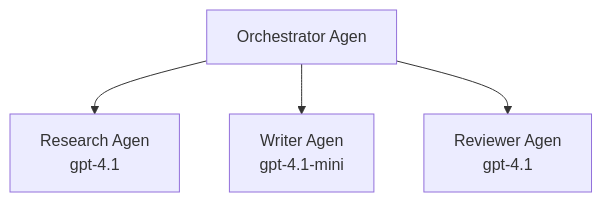
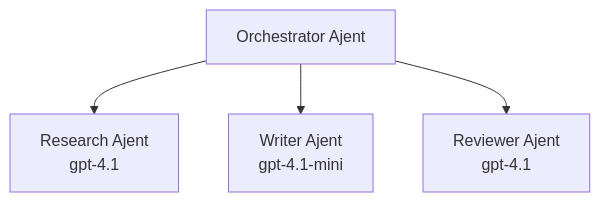
The third of 3 diagrams in translations/pcm/docs/chapter-02-ai-development/agents.md (microsoft/AZD-for-beginners), drawn with Mermaid before and after one commit. The commit also changed other lines of this file and 104 other files, not shown here.

````diff
--- a/translations/pcm/docs/chapter-02-ai-development/agents.md
+++ b/translations/pcm/docs/chapter-02-ai-development/agents.md
@@ -194,6 +201,6 @@
 ```mermaid
 graph TD
-    Orchestrator[Orchestrator Agen] --> Research[Research Agen<br/>gpt-4.1]
-    Orchestrator --> Writer[Writer Agen<br/>gpt-4.1-mini]
-    Orchestrator --> Reviewer[Reviewer Agen<br/>gpt-4.1]
+    Orchestrator[Orchestrator Ajent] --> Research[Research Ajent<br/>gpt-4.1]
+    Orchestrator --> Writer[Writer Ajent<br/>gpt-4.1-mini]
+    Orchestrator --> Reviewer[Reviewer Ajent<br/>gpt-4.1]
 ```
````
